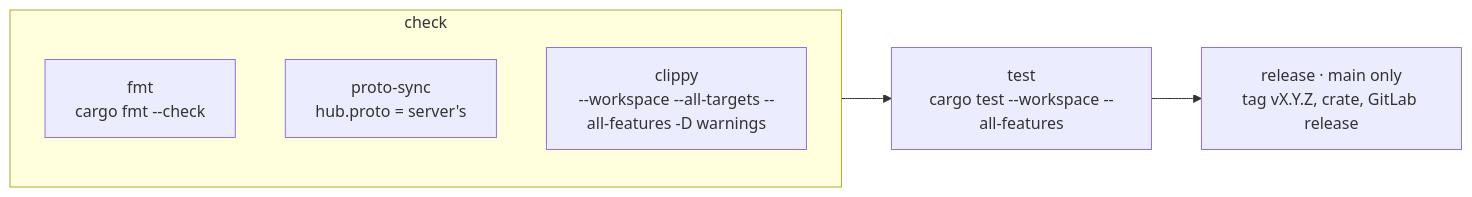
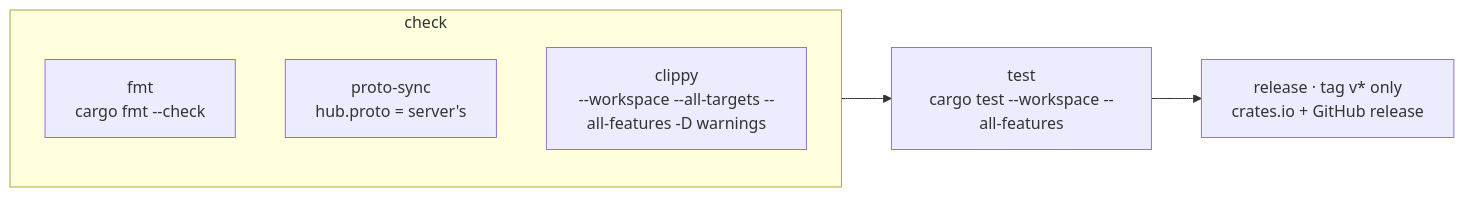
The diagram in README.md (snodra/snodra-messaging-rs), drawn with Mermaid before and after one commit. The commit also changed other lines of this file and 9 other files, not shown here.

First line of the commit message:
feat: the crates publish to crates.io from GitHub Actions

````diff
--- a/README.md
+++ b/README.md
@@ -2074,9 +2073,9 @@
 ```mermaid
 flowchart LR
     subgraph check
       fmt["fmt<br/>cargo fmt --check"]
       sync["proto-sync<br/>hub.proto = server's"]
       clippy["clippy<br/>--workspace --all-targets --all-features -D warnings"]
     end
-    check --> test["test<br/>cargo test --workspace --all-features"] --> release["release · main only<br/>tag vX.Y.Z, crate, GitLab release"]
+    check --> test["test<br/>cargo test --workspace --all-features"] --> release["release · tag v* only<br/>crates.io + GitHub release"]
 ```
````
